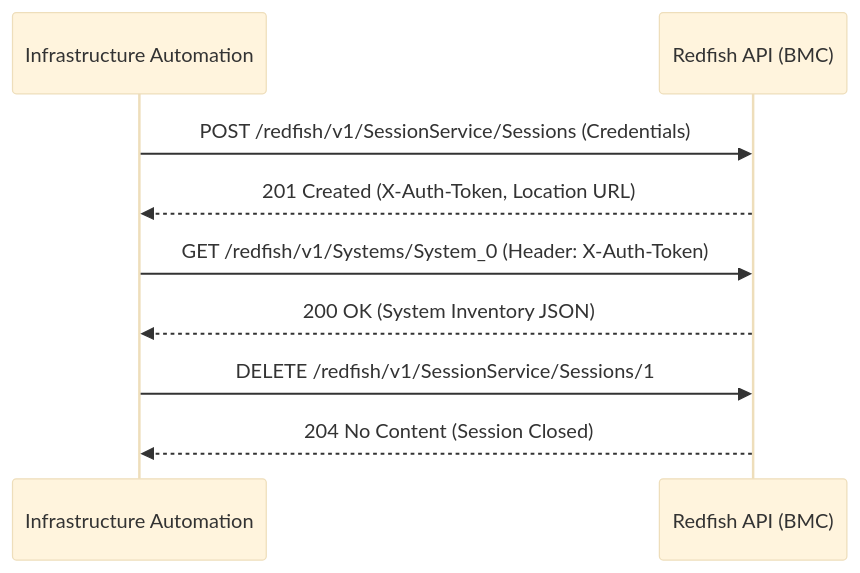
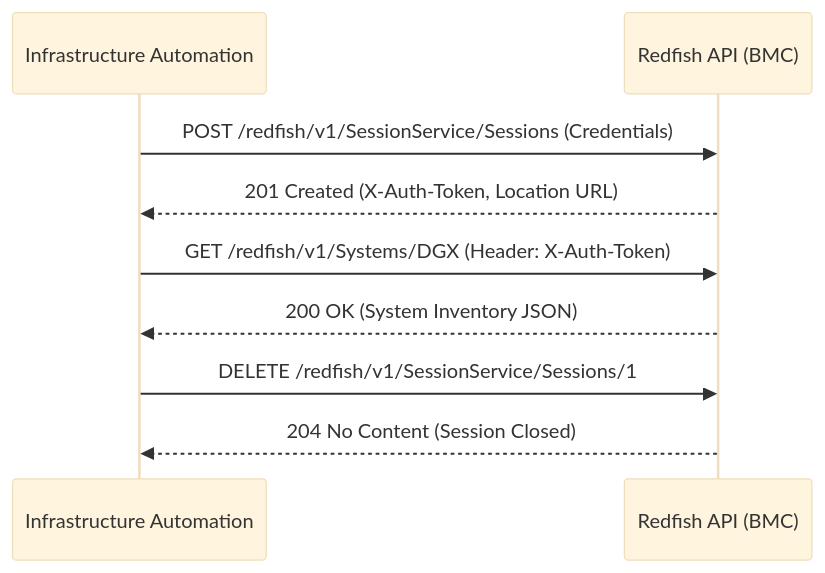
The second of 4 diagrams in docs/volume-10/01-bare-metal-and-bmc-lifecycle.md (jithinpnjm/nvidia-devops), drawn with Mermaid (base theme) before and after one commit. The commit also changed other lines of this file and 24 other files, not shown here.

````diff
--- a/docs/volume-10/01-bare-metal-and-bmc-lifecycle.md
+++ b/docs/volume-10/01-bare-metal-and-bmc-lifecycle.md
@@ -147,12 +142,12 @@
 ```mermaid
 sequenceDiagram
     participant Admin as Infrastructure Automation
     participant BMC as Redfish API (BMC)
     
     Admin->>BMC: POST /redfish/v1/SessionService/Sessions (Credentials)
     BMC-->>Admin: 201 Created (X-Auth-Token, Location URL)
-    Admin->>BMC: GET /redfish/v1/Systems/System_0 (Header: X-Auth-Token)
+    Admin->>BMC: GET /redfish/v1/Systems/DGX (Header: X-Auth-Token)
     BMC-->>Admin: 200 OK (System Inventory JSON)
     Admin->>BMC: DELETE /redfish/v1/SessionService/Sessions/1
     BMC-->>Admin: 204 No Content (Session Closed)
 ```
````
